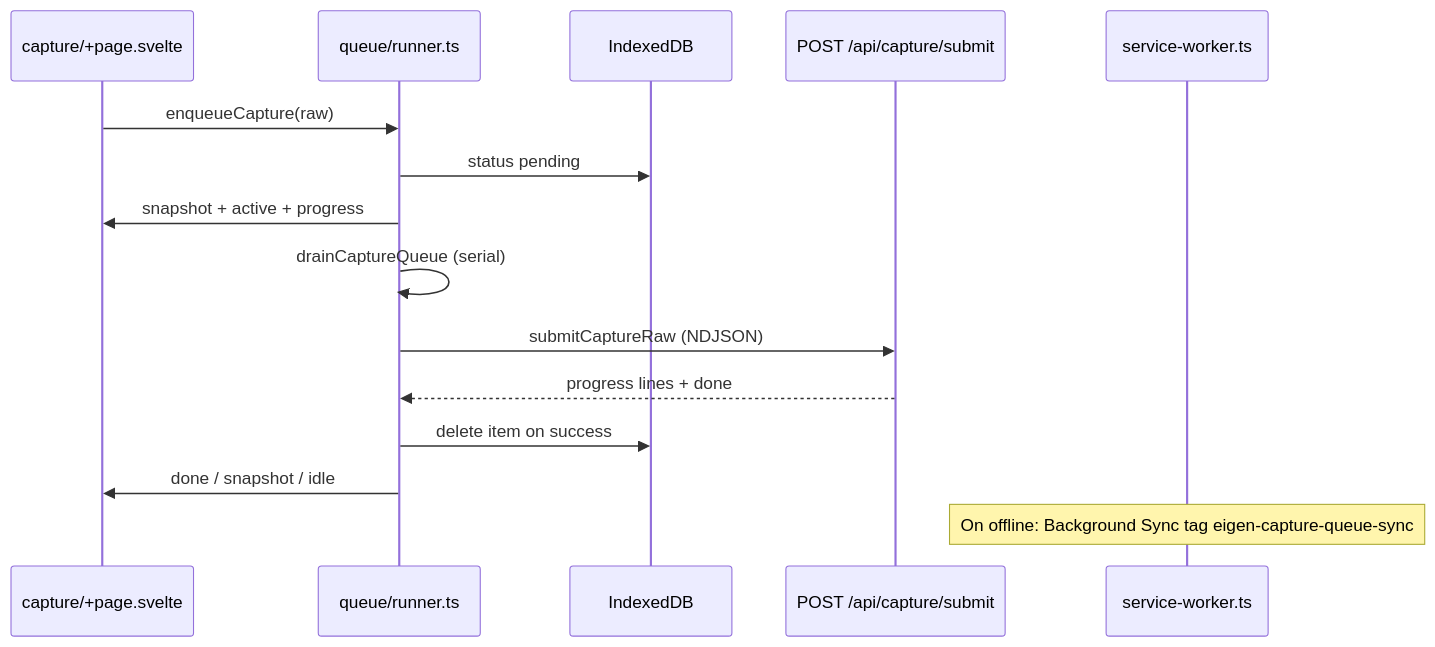
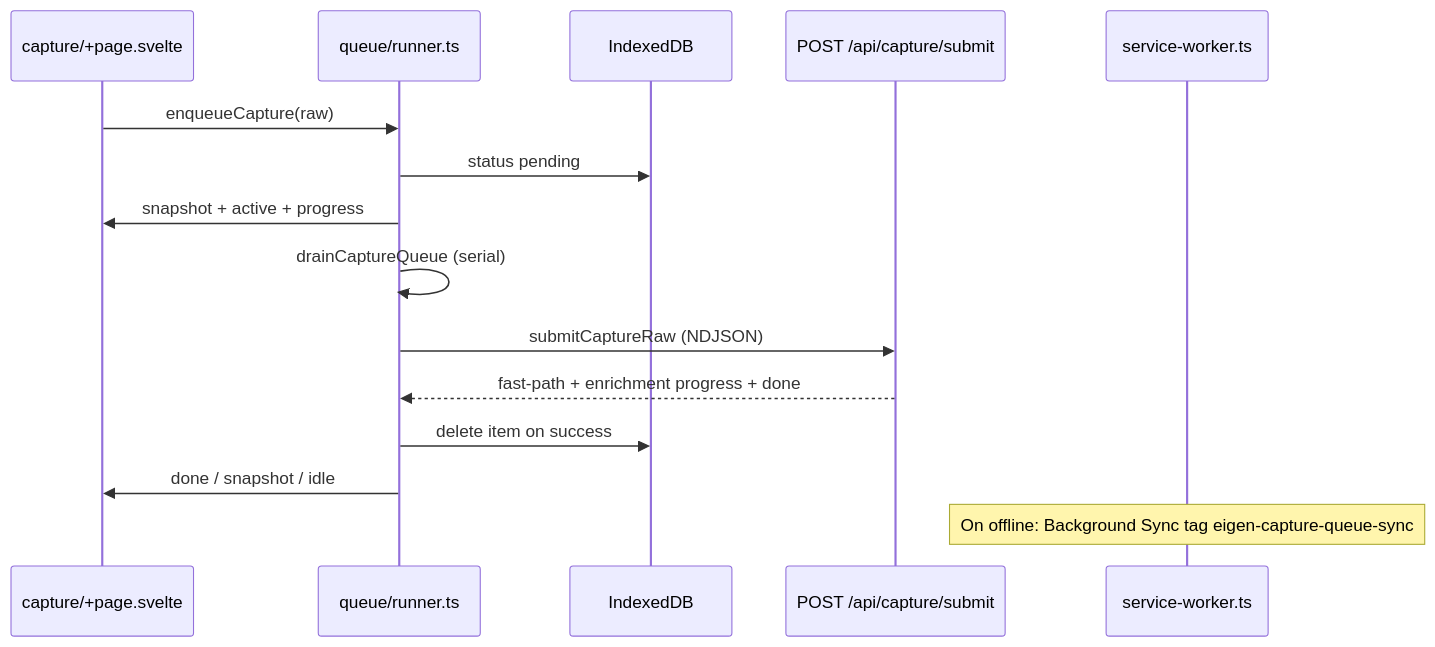
One commit to hikaru90/eigen changed the diagram in docs/repo-map/capture-queue.md. Above: the diagram before and after it, drawn with Mermaid. The commit also changed other lines of this file and 882 other files, not shown here.

````diff
--- a/docs/repo-map/capture-queue.md
+++ b/docs/repo-map/capture-queue.md
@@ -18,18 +18,18 @@
 ```mermaid
 sequenceDiagram
   participant Page as capture/+page.svelte
   participant Runner as queue/runner.ts
   participant IDB as IndexedDB
   participant API as POST /api/capture/submit
   participant SW as service-worker.ts
 
   Page->>Runner: enqueueCapture(raw)
   Runner->>IDB: status pending
   Runner->>Page: snapshot + active + progress
   Runner->>Runner: drainCaptureQueue (serial)
   Runner->>API: submitCaptureRaw (NDJSON)
-  API-->>Runner: progress lines + done
+  API-->>Runner: fast-path + enrichment progress + done
   Runner->>IDB: delete item on success
   Runner->>Page: done / snapshot / idle
   Note over SW: On offline: Background Sync tag eigen-capture-queue-sync
 ```
````
